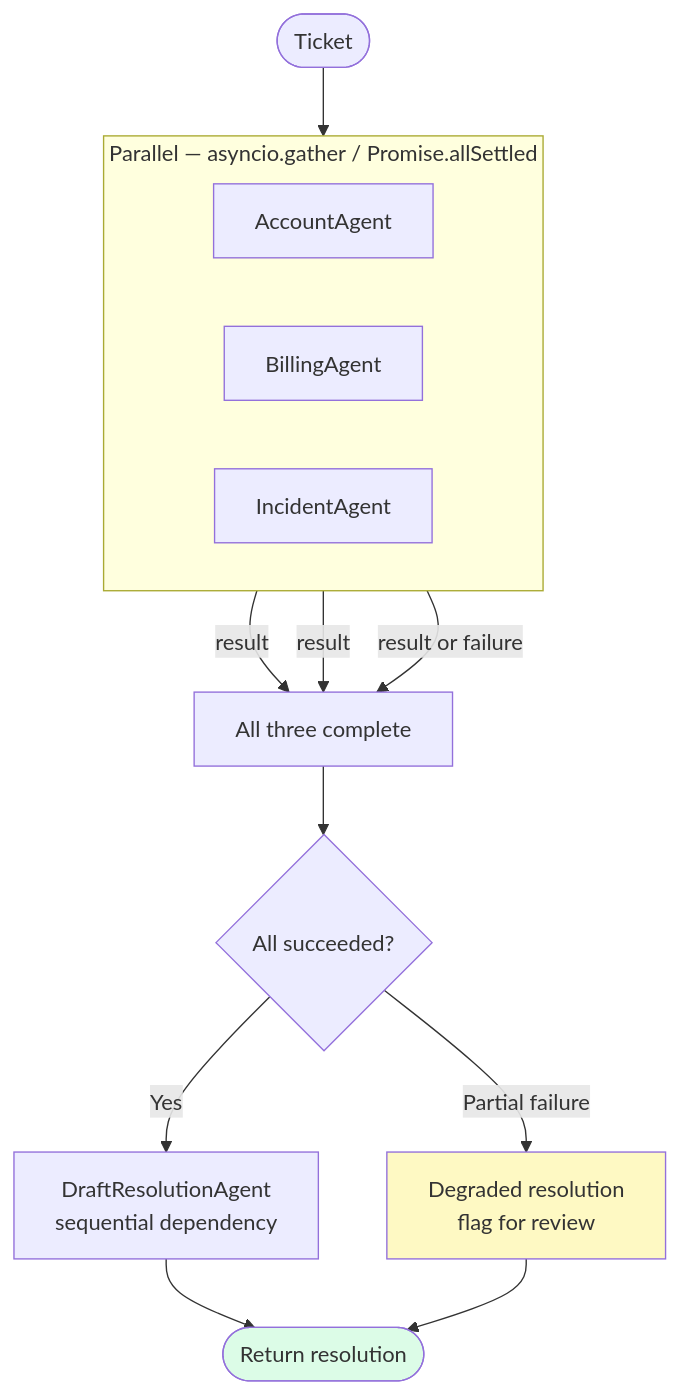
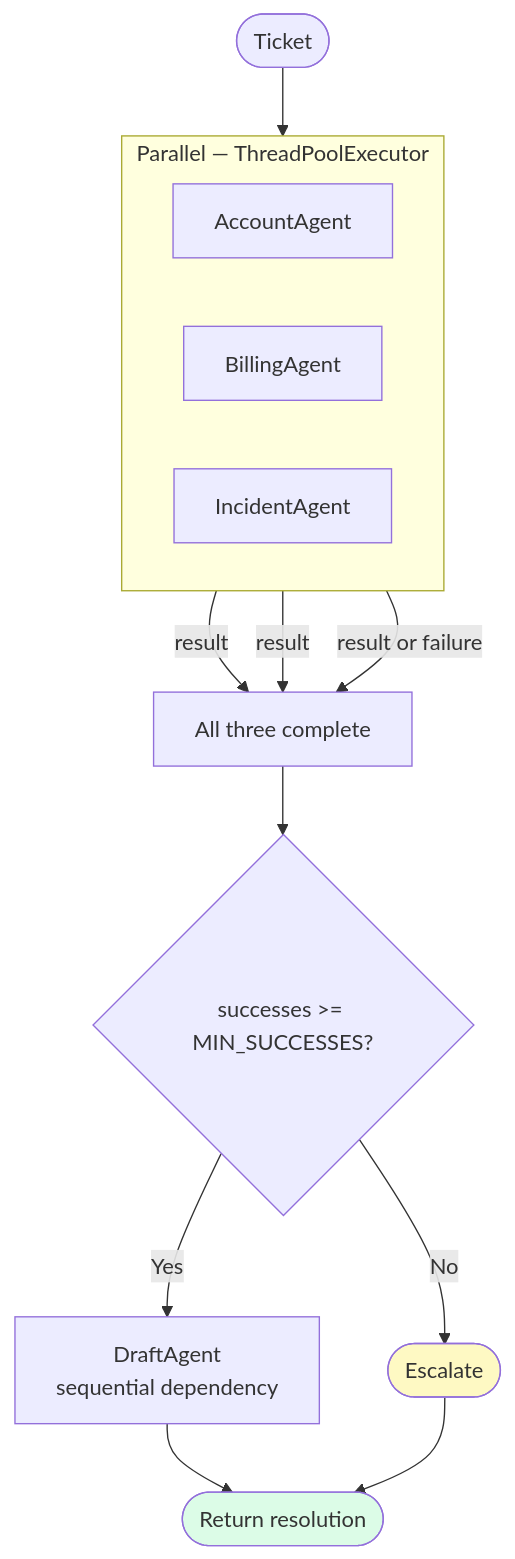
Before and after one commit to wb-platform-engineering-lab/anthropic-certified-architect-lab: the fourth of 7 diagrams in labs/week-3-agentic-architecture-part2/README.md, drawn with Mermaid. The commit also changed other lines of this file and 10 other files, not shown here.

````diff
--- a/labs/week-3-agentic-architecture-part2/README.md
+++ b/labs/week-3-agentic-architecture-part2/README.md
@@ -122,25 +402,25 @@
 ```mermaid
 flowchart TD
     Start([Ticket]) --> P
 
-    subgraph P ["Parallel — asyncio.gather / Promise.allSettled"]
+    subgraph P ["Parallel — ThreadPoolExecutor"]
         direction LR
         PA[AccountAgent]
         PB[BillingAgent]
         PC[IncidentAgent]
     end
 
     PA -->|result| Wait[All three complete]
     PB -->|result| Wait
     PC -->|result or failure| Wait
 
-    Wait --> Decision{All succeeded?}
-    Decision -->|Yes| Draft[DraftResolutionAgent\nsequential dependency]
-    Decision -->|Partial failure| Degrade[Degraded resolution\nflag for review]
+    Wait --> Decision{successes >= MIN_SUCCESSES?}
+    Decision -->|Yes| Draft[DraftAgent\nsequential dependency]
+    Decision -->|No| Escalate([Escalate])
 
     Draft --> Done([Return resolution])
-    Degrade --> Done
+    Escalate --> Done
 
     style Done fill:#dcfce7
-    style Degrade fill:#fef9c3
+    style Escalate fill:#fef9c3
 ```
````
